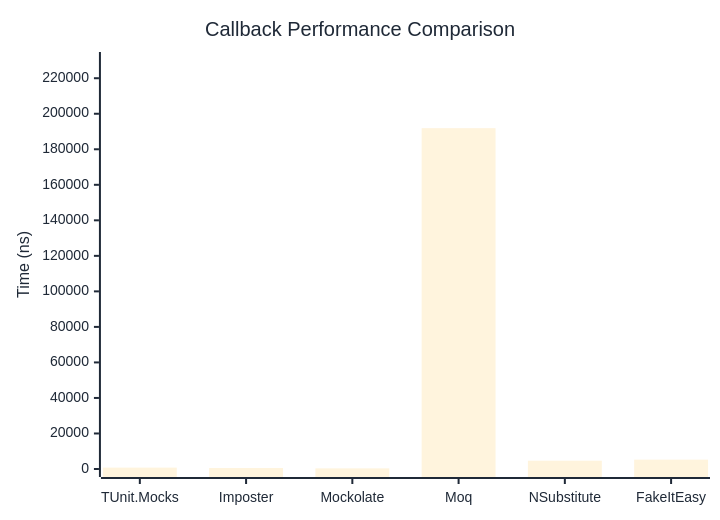
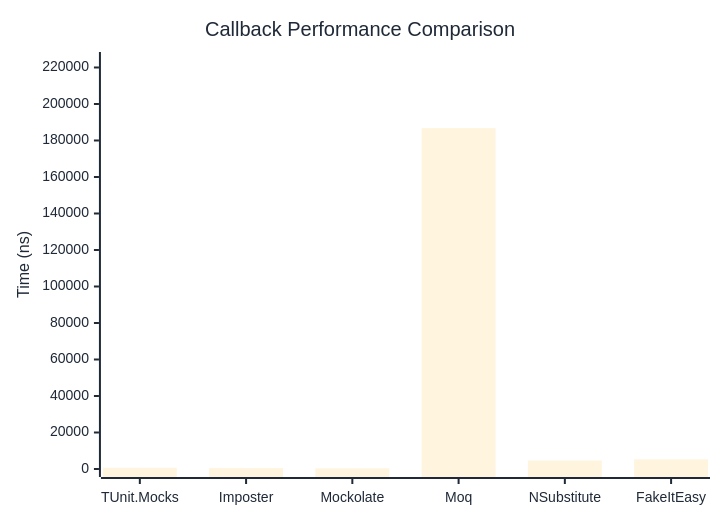
The first of 2 diagrams in docs/docs/benchmarks/mocks/Callback.md (thomhurst/TUnit), drawn with Mermaid before and after one commit. The commit also changed other lines of this file and 14 other files, not shown here.

````diff
--- a/docs/docs/benchmarks/mocks/Callback.md
+++ b/docs/docs/benchmarks/mocks/Callback.md
@@ -30,27 +30,27 @@
 ```mermaid
 %%{init: {
   'theme':'base',
   'themeVariables': {
     'primaryColor': '#2563eb',
     'primaryTextColor': '#1f2937',
     'primaryBorderColor': '#1e40af',
     'lineColor': '#6b7280',
     'secondaryColor': '#7c3aed',
     'tertiaryColor': '#dc2626',
     'background': '#ffffff',
     'pie1': '#2563eb',
     'pie2': '#7c3aed',
     'pie3': '#dc2626',
     'pie4': '#f59e0b',
     'pie5': '#10b981',
     'pie6': '#06b6d4',
     'pie7': '#ec4899',
     'pie8': '#6366f1'
   }
 }}%%
 xychart-beta
   title "Callback Performance Comparison"
   x-axis ["TUnit.Mocks", "Imposter", "Mockolate", "Moq", "NSubstitute", "FakeItEasy"]
-  y-axis "Time (ns)" 0 --> 230262
-  bar [780.3, 553.7, 358.1, 191884.2, 4665, 5257.2]
+  y-axis "Time (ns)" 0 --> 224104
+  bar [664.8, 464.4, 365.7, 186753.3, 4642.4, 5279.8]
 ```
````
